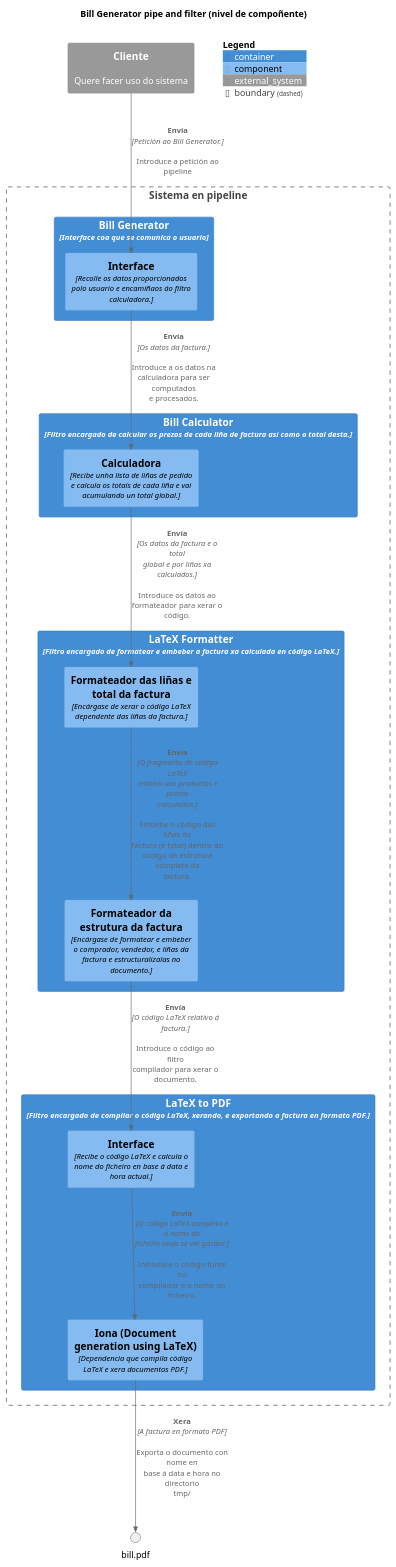
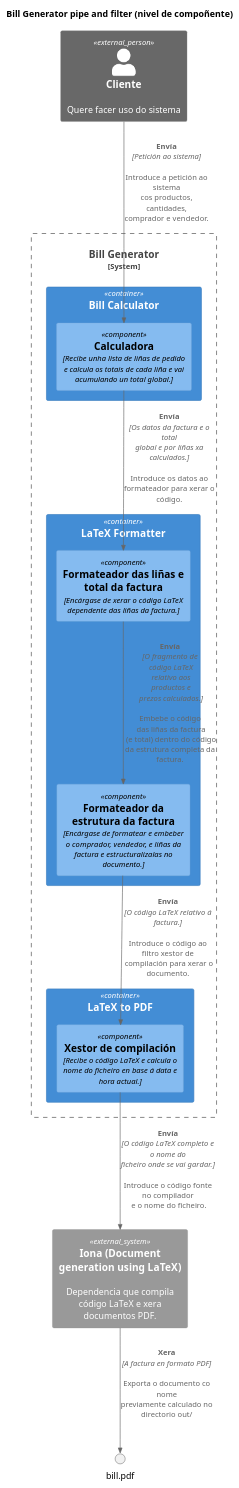
Before and after one commit to alejandrobujan/simple_bill_generator: the diagram in doc/componhente.pu, drawn with PlantUML. The commit also changed 11 other files, not shown here.

Commit message:
Code refactoring. Three first diagrams added.

```diff
--- a/doc/componhente.pu
+++ b/doc/componhente.pu
@@ -1,36 +1,30 @@
 @startuml Bill Generator pipe and filter
 title Bill Generator pipe and filter (nivel de compoñente)
 !include https://raw.githubusercontent.com/plantuml-stdlib/C4-PlantUML/master/C4_Component.puml
 
-System_Ext(client, "Cliente", "Quere facer uso do sistema")
+Person_Ext(client, "Cliente", "Quere facer uso do sistema")
 
-Boundary(pipeline_system, "Sistema en pipeline"){
-    Container(bill_generator, "Bill Generator", "Interface coa que se comunica o usuario"){
-        Component(bill_generator1, "Interface", "Recolle os datos proporcionados polo usuario e encamíñaos áo filtro calculadora.")
-    }
-    Container(bill_calculator, "Bill Calculator", "Filtro encargado de calcular os prezos de cada liña de factura así como o total desta."){
-        Component(bill_calculator1, "Calculadora", "Recibe unha lista de liñas de pedido e calcula os totais de cada liña e vai acumulando un total global.")
-    }
-    Container(latex_formatter, "LaTeX Formatter", "Filtro encargado de formatear e embeber a factura xa calculada en código LaTeX."){
+System_Boundary(pipeline_system, "Bill Generator"){
+    Container(latex_formatter, "LaTeX Formatter", ""){
         Component(latex_formatter1, "Formateador das liñas e total da factura", "Encárgase de xerar o código LaTeX dependente das liñas da factura.")
         Component(latex_formatter2, "Formateador da estrutura da factura", "Encárgase de formatear e embeber o comprador, vendedor, e liñas da factura e estructuralizalas no documento.")
     }
-    Container(latex_to_pdf, "LaTeX to PDF", "Filtro encargado de compilar o código LaTeX, xerando, e exportando a factura en formato PDF."){
-        Component(latex_to_pdf1, "Interface", "Recibe o código LaTeX e calcula o nome do ficheiro en base á data e hora actual.")
-        Component(latex_to_pdf2, "Iona (Document generation using LaTeX)", "Dependencia que compila código LaTeX e xera documentos PDF.")
+    Container(bill_calculator, "Bill Calculator", ""){
+        Component(bill_calculator1, "Calculadora", "Recibe unha lista de liñas de pedido e calcula os totais de cada liña e vai acumulando un total global.")
+    }
+    Container(latex_to_pdf, "LaTeX to PDF", ""){
+        Component(latex_to_pdf1, "Xestor de compilación", "Recibe o código LaTeX e calcula o nome do ficheiro en base á data e hora actual.")
     }
 }
 
-Rel(client, bill_generator1, "Envía", "Petición ao Bill Generator.", "Introduce a petición ao pipeline")
-Rel(bill_generator1, bill_calculator1, "Envía", "Os datos da factura.", "Introduce a os datos na calculadora para ser computados e procesados.")
-Rel(bill_calculator1, latex_formatter1, "Envía", "Os datos da factura e o total global e por liñas xa calculados.", "Introduce os datos ao formateador para xerar o código.")
-Rel(latex_formatter1, latex_formatter2, "Envía", "O fragmento de código LaTeX relativo aos productos e prezos calculados.", "Embebe o código das liñas da factura (e total) dentro do código da estrutura completa da factura.")
-Rel(latex_formatter2, latex_to_pdf1, "Envía", "O código LaTeX relativo á factura.", "Introduce o código ao filtro compilador para xerar o documento.")
-Rel(latex_to_pdf1, latex_to_pdf2, "Envía", "O código LaTeX completo e o nome do ficheiro onde se vai gardar.", "Introduce o código fonte no compilador e o nome do ficheiro.")
-Rel(latex_to_pdf2, bill.pdf, "Xera", "A factura en formato PDF", "Exporta o documento con nome en base á data e hora no directorio tmp/")
+System_Ext(latex_to_pdf2, "Iona (Document generation using LaTeX)", "Dependencia que compila código LaTeX e xera documentos PDF.")
 
 
-
-SHOW_FLOATING_LEGEND()
+Rel(client, bill_calculator1, "Envía", "Petición ao sistema", "Introduce a petición ao sistema cos productos, cantidades, comprador e vendedor.")
+Rel(bill_calculator1, latex_formatter1, "Envía", "Os datos da factura e o total global e por liñas xa calculados.", "Introduce os datos ao formateador para xerar o código.")
+Rel(latex_formatter1, latex_formatter2, "Envía", "O fragmento de\n código LaTeX\n relativo aos\n productos e\n prezos calculados.", "Embebe o código\n das liñas da factura\n (e total) dentro do código da estrutura completa da factura.")
+Rel(latex_formatter2, latex_to_pdf1, "Envía", "O código LaTeX relativo á factura.", "Introduce o código ao filtro xestor de\n compilación para xerar o documento.")
+Rel(latex_to_pdf1, latex_to_pdf2, "Envía", "O código LaTeX completo e o nome do ficheiro onde se vai gardar.", "Introduce o código fonte no compilador\n e o nome do ficheiro.")
+Rel(latex_to_pdf2, bill.pdf, "Xera", "A factura en formato PDF", "Exporta o documento co nome previamente calculado no directorio out/")
 
 @enduml
```
